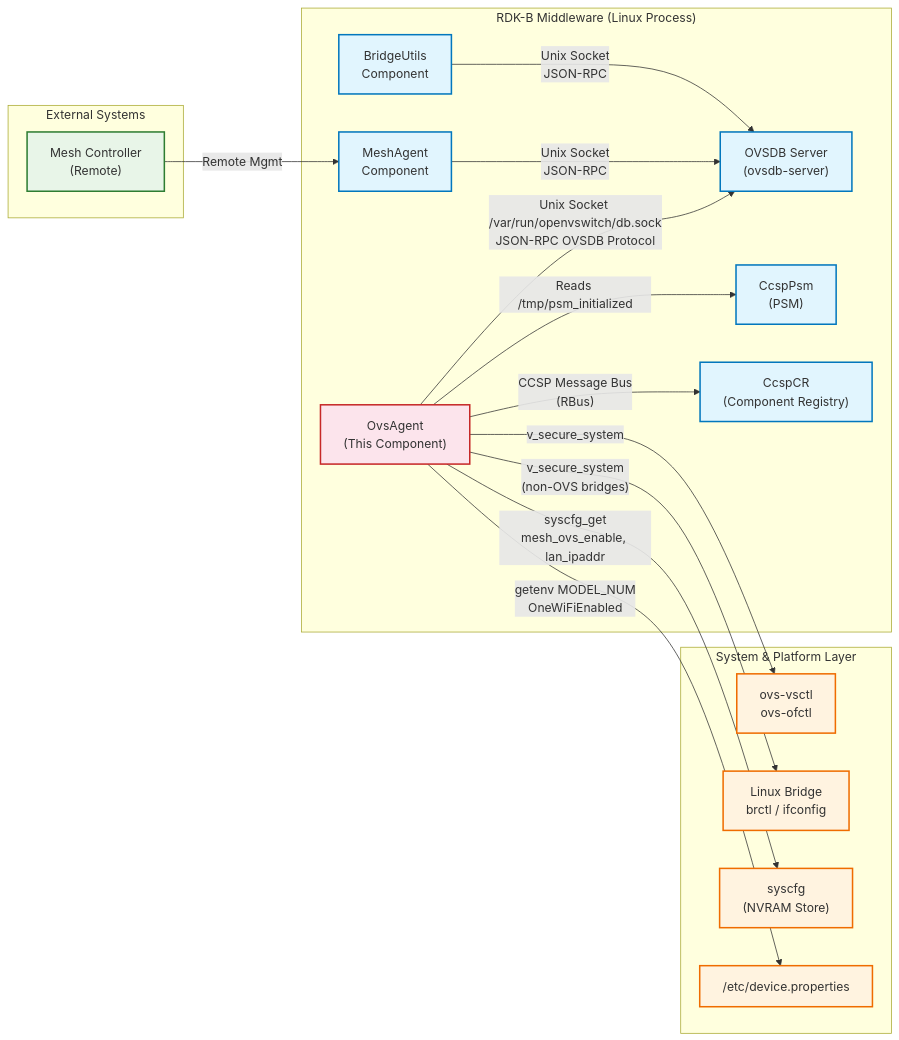
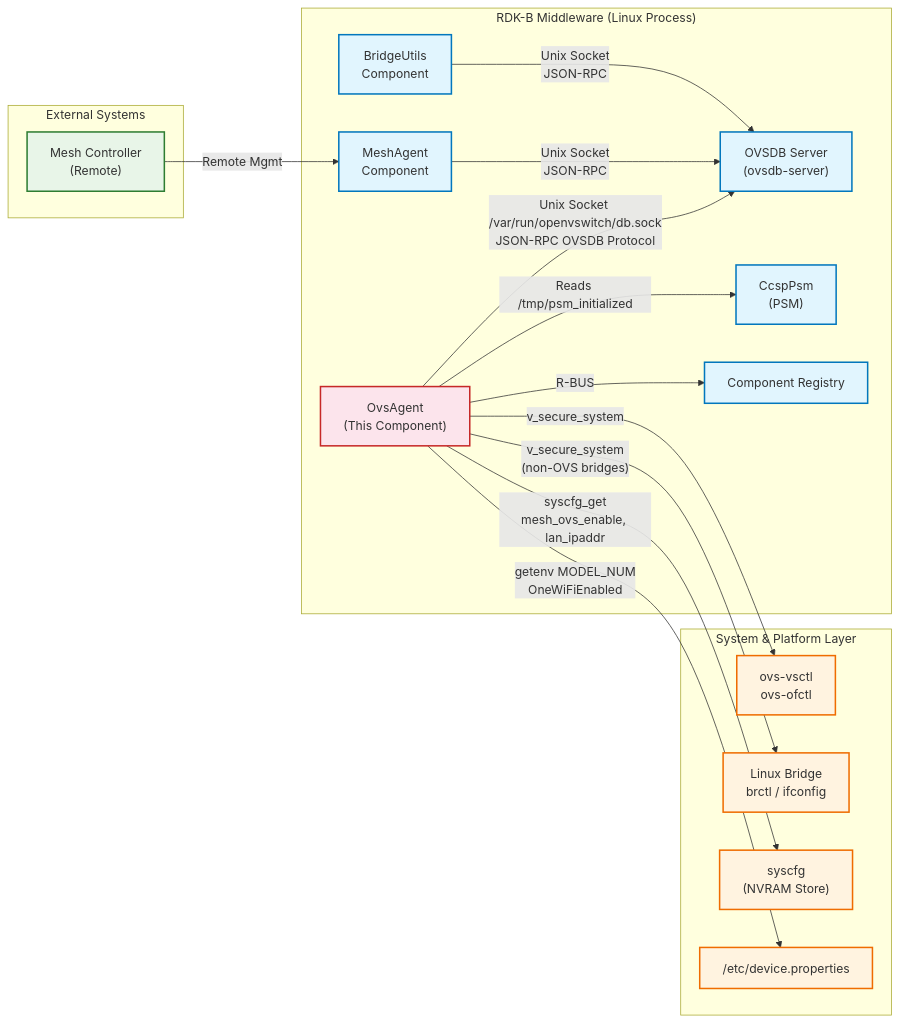
The first of 6 diagrams in docs/docu/dec17/open-virtual-switch-agent.md (rns21/RDK_Documentation), drawn with Mermaid before and after one commit. The commit also changed other lines of this file, not shown here.

````diff
--- a/docs/docu/dec17/open-virtual-switch-agent.md
+++ b/docs/docu/dec17/open-virtual-switch-agent.md
@@ -7,43 +7,43 @@
 ```mermaid
 graph LR
     subgraph ExternalSystems ["External Systems"]
         MeshCtrl["Mesh Controller\n(Remote)"]
     end
 
     subgraph RDKBMiddleware ["RDK-B Middleware (Linux Process)"]
         BridgeUtils["BridgeUtils\nComponent"]
         MeshAgent["MeshAgent\nComponent"]
         OvsAgent["OvsAgent\n(This Component)"]
         OvsDbServer["OVSDB Server\n(ovsdb-server)"]
         CcspPsm["CcspPsm\n(PSM)"]
-        CcspCR["CcspCR\n(Component Registry)"]
+        CcspCR["Component Registry"]
     end
 
     subgraph SystemLayer ["System & Platform Layer"]
         OvsTools["ovs-vsctl\novs-ofctl"]
         LinuxNet["Linux Bridge\nbrctl / ifconfig"]
         Syscfg["syscfg\n(NVRAM Store)"]
         DeviceProps["/etc/device.properties"]
     end
 
     MeshCtrl -->|"Remote Mgmt"| MeshAgent
     BridgeUtils -->|"Unix Socket\nJSON-RPC"| OvsDbServer
     MeshAgent -->|"Unix Socket\nJSON-RPC"| OvsDbServer
     OvsAgent -->|"Unix Socket /var/run/openvswitch/db.sock\nJSON-RPC OVSDB Protocol"| OvsDbServer
-    OvsAgent -->|"CCSP Message Bus\n(RBus)"| CcspCR
+    OvsAgent -->|"R-BUS"| CcspCR
     OvsAgent -->|"Reads /tmp/psm_initialized"| CcspPsm
     OvsAgent -->|"syscfg_get\nmesh_ovs_enable, lan_ipaddr"| Syscfg
     OvsAgent -->|"getenv MODEL_NUM\nOneWiFiEnabled"| DeviceProps
     OvsAgent -->|"v_secure_system"| OvsTools
     OvsAgent -->|"v_secure_system\n(non-OVS bridges)"| LinuxNet
 
     classDef external fill:#e8f5e8,stroke:#2e7d32,stroke-width:2px;
     classDef component fill:#e1f5fe,stroke:#0277bd,stroke-width:2px;
     classDef system fill:#fff3e0,stroke:#ef6c00,stroke-width:2px;
     classDef thisComp fill:#fce4ec,stroke:#c62828,stroke-width:2px;
 
     class MeshCtrl external;
     class BridgeUtils,MeshAgent,OvsDbServer,CcspPsm,CcspCR component;
     class OvsTools,LinuxNet,Syscfg,DeviceProps system;
     class OvsAgent thisComp;
 ```
````
